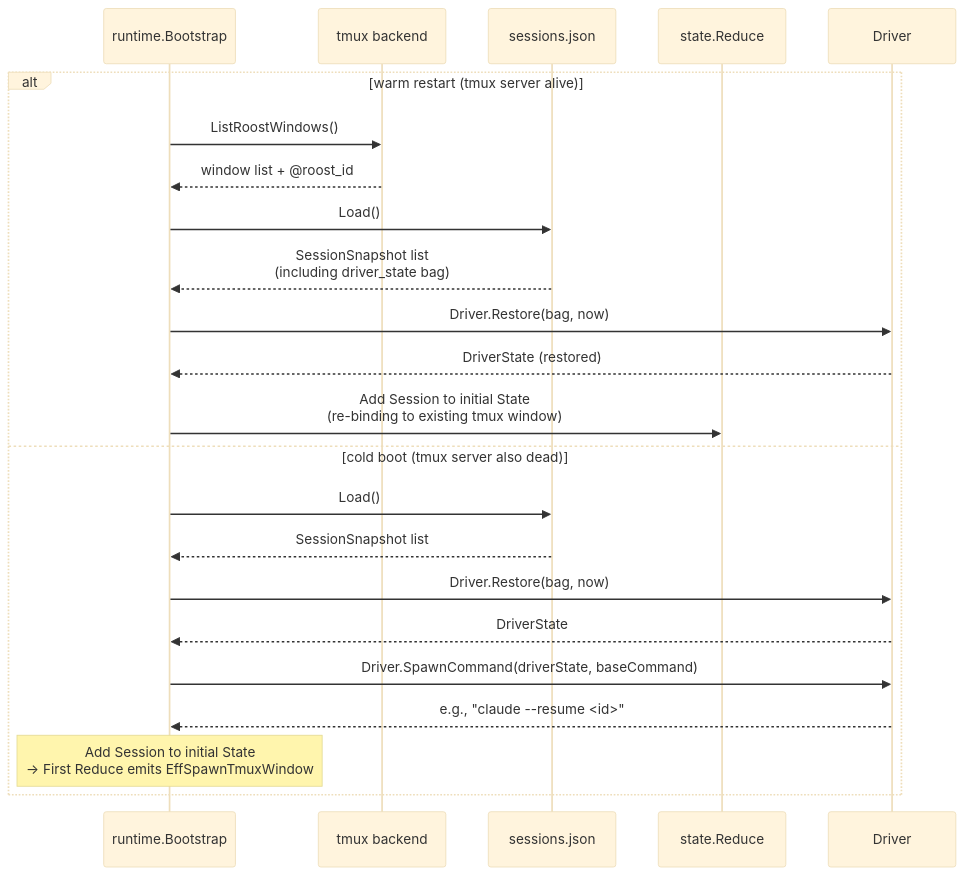
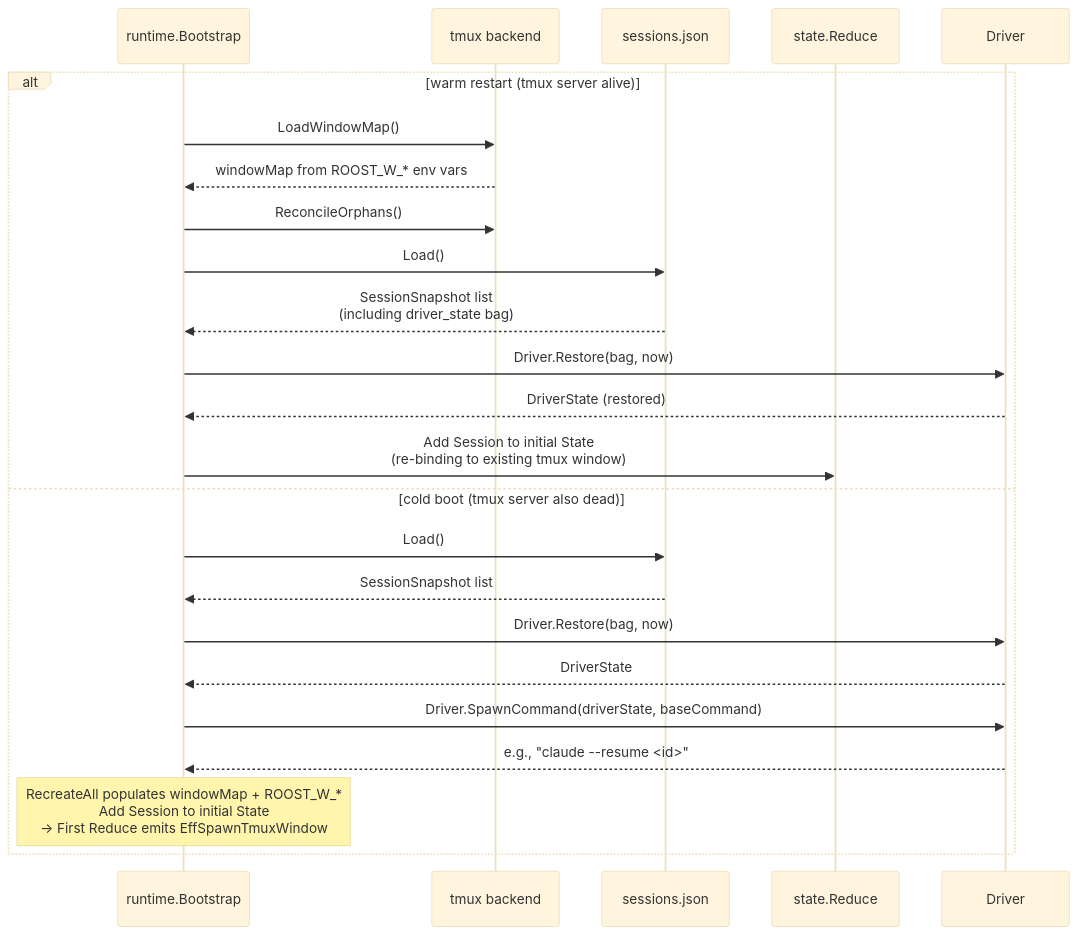
The third of 3 diagrams in docs/state-monitoring.md (takezoh/agent-roost), drawn with Mermaid (base theme) before and after one commit. The commit also changed other lines of this file and 4 other files, not shown here.

Commit message:
Update docs to reflect WindowID removal and window map architecture

````diff
--- a/docs/state-monitoring.md
+++ b/docs/state-monitoring.md
@@ -120,26 +120,27 @@
 ```mermaid
 sequenceDiagram
     participant Boot as runtime.Bootstrap
     participant Tmux as tmux backend
     participant JSON as sessions.json
     participant Red as state.Reduce
     participant Drv as Driver
 
     alt warm restart (tmux server alive)
-        Boot->>Tmux: ListRoostWindows()
-        Tmux-->>Boot: window list + @roost_id
+        Boot->>Tmux: LoadWindowMap()
+        Tmux-->>Boot: windowMap from ROOST_W_* env vars
+        Boot->>Tmux: ReconcileOrphans()
         Boot->>JSON: Load()
         JSON-->>Boot: SessionSnapshot list<br/>(including driver_state bag)
         Boot->>Drv: Driver.Restore(bag, now)
         Drv-->>Boot: DriverState (restored)
         Boot->>Red: Add Session to initial State<br/>(re-binding to existing tmux window)
     else cold boot (tmux server also dead)
         Boot->>JSON: Load()
         JSON-->>Boot: SessionSnapshot list
         Boot->>Drv: Driver.Restore(bag, now)
         Drv-->>Boot: DriverState
         Boot->>Drv: Driver.SpawnCommand(driverState, baseCommand)
         Drv-->>Boot: e.g., "claude --resume <id>"
-        Note over Boot: Add Session to initial State<br/>→ First Reduce emits EffSpawnTmuxWindow
+        Note over Boot: RecreateAll populates windowMap + ROOST_W_*<br/>Add Session to initial State<br/>→ First Reduce emits EffSpawnTmuxWindow
     end
 ```
````
